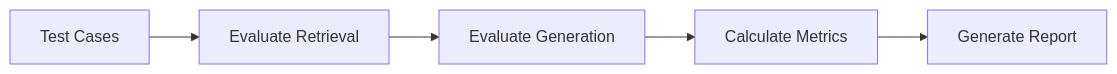
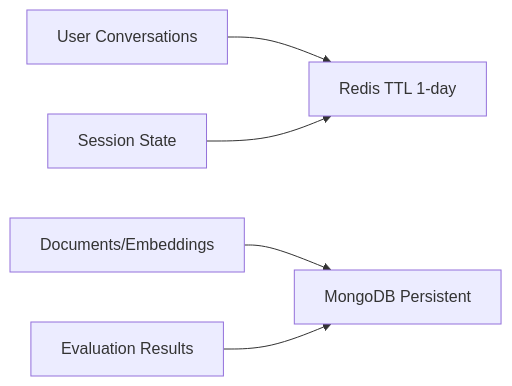
Before and after one commit to joybratasarkar/career-guidance-rag: the third of 3 diagrams in Readme.md, drawn with Mermaid. The commit also changed other lines of this file and 11 other files, not shown here.

First line of the commit message:
feat: Implement Dockerized FastAPI and Streamlit application with Redis and MongoDB support

````diff
--- a/Readme.md
+++ b/Readme.md
@@ -219,7 +358,7 @@
 ```mermaid
 graph LR
-    A[Test Cases] --> B[Evaluate Retrieval]
-    B --> C[Evaluate Generation]
-    C --> D[Calculate Metrics]
-    D --> E[Generate Report]
+    A[User Conversations] --> B[Redis TTL 1-day]
+    C[Documents/Embeddings] --> D[MongoDB Persistent]
+    E[Evaluation Results] --> D
+    F[Session State] --> B
 ```
````
